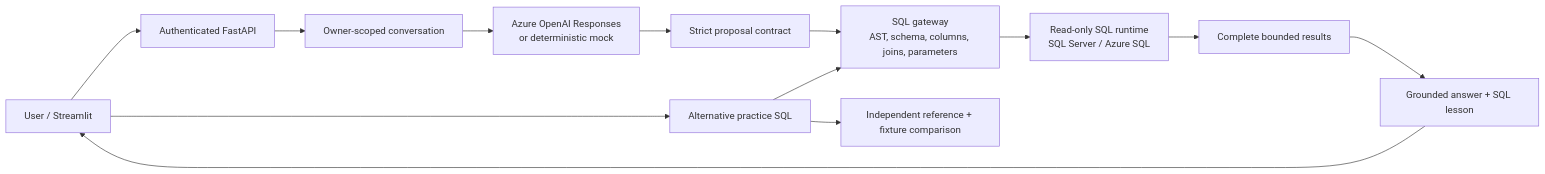
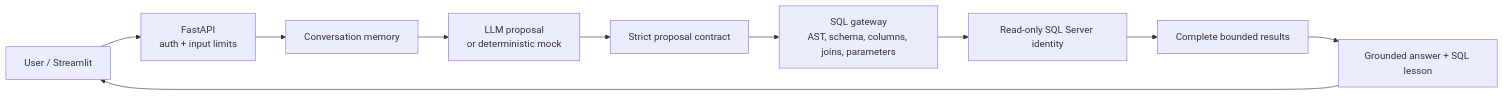
One commit to t-testa/sql-intelligence-agent changed the diagram in README.md. Above: the diagram before and after it, drawn with Mermaid. The commit also changed other lines of this file and 2 other files, not shown here.

````diff
--- a/README.md
+++ b/README.md
@@ -42,15 +36,12 @@
 ```mermaid
 flowchart LR
-    U[User / Streamlit] --> A[Authenticated FastAPI]
-    A --> C[Owner-scoped conversation]
-    C --> M[Azure OpenAI Responses<br/>or deterministic mock]
+    U[User / Streamlit] --> A[FastAPI<br/>auth + input limits]
+    A --> C[Conversation memory]
+    C --> M[LLM proposal<br/>or deterministic mock]
     M --> P[Strict proposal contract]
     P --> G[SQL gateway<br/>AST, schema, columns, joins, parameters]
-    G --> D[Read-only SQL runtime<br/>SQL Server / Azure SQL]
+    G --> D[Read-only SQL Server identity]
     D --> R[Complete bounded results]
     R --> L[Grounded answer + SQL lesson]
     L --> U
-    U --> E[Alternative practice SQL]
-    E --> G
-    E --> O[Independent reference + fixture comparison]
 ```
````
